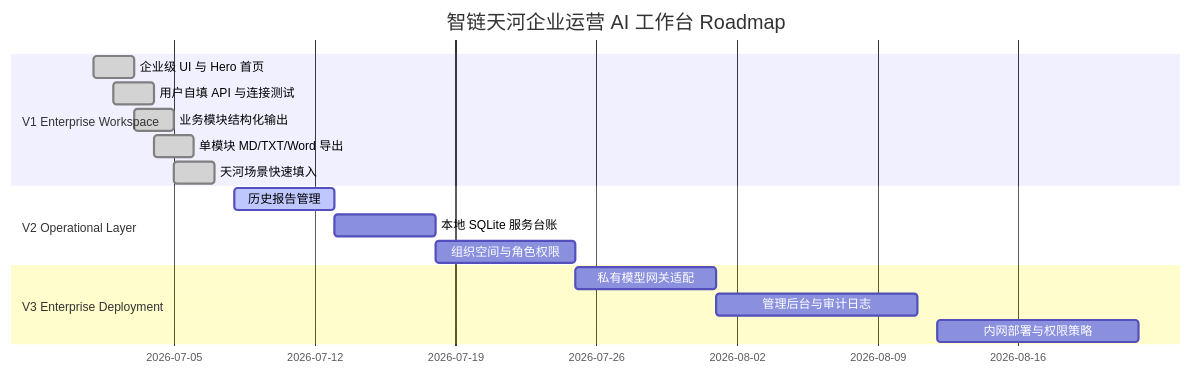
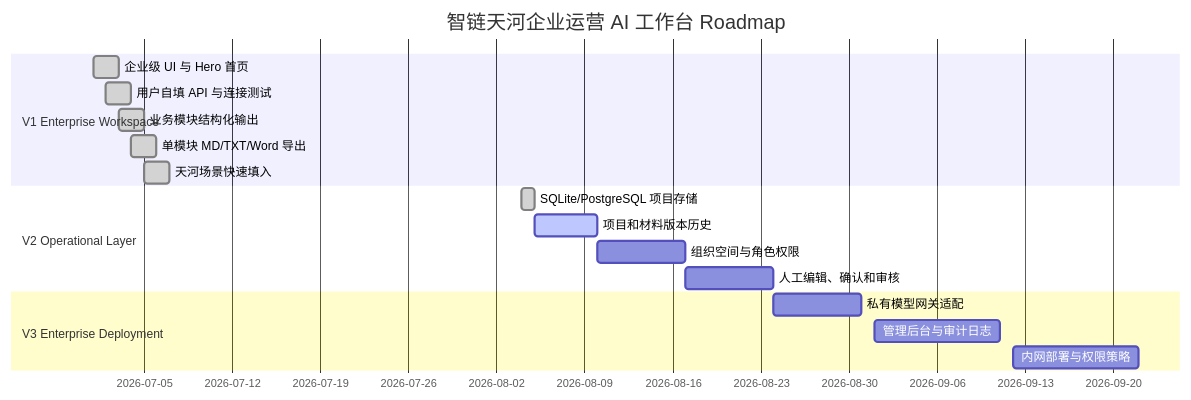
The seventh of 7 diagrams in README.md (liqinglq666/zhilink-tianhe-enterprise-ai-workspace), drawn with Mermaid before and after one commit. The commit also changed other lines of this file, not shown here.

````diff
--- a/README.md
+++ b/README.md
@@ -667,22 +688,23 @@
 ```mermaid
 gantt
     title 智链天河企业运营 AI 工作台 Roadmap
     dateFormat  YYYY-MM-DD
 
     section V1 Enterprise Workspace
     企业级 UI 与 Hero 首页            :done, v1a, 2026-07-01, 2d
     用户自填 API 与连接测试            :done, v1b, 2026-07-02, 2d
     业务模块结构化输出                 :done, v1c, 2026-07-03, 2d
     单模块 MD/TXT/Word 导出            :done, v1d, 2026-07-04, 2d
     天河场景快速填入                   :done, v1e, 2026-07-05, 2d
 
     section V2 Operational Layer
-    历史报告管理                       :active, v2a, 2026-07-08, 5d
-    本地 SQLite 服务台账                :v2b, 2026-07-13, 5d
-    组织空间与角色权限                 :v2c, 2026-07-18, 7d
+    SQLite/PostgreSQL 项目存储         :done, v2a, 2026-08-04, 1d
+    项目和材料版本历史                 :active, v2b, 2026-08-05, 5d
+    组织空间与角色权限                 :v2c, 2026-08-10, 7d
+    人工编辑、确认和审核               :v2d, 2026-08-17, 7d
 
     section V3 Enterprise Deployment
-    私有模型网关适配                   :v3a, 2026-07-25, 7d
-    管理后台与审计日志                 :v3b, 2026-08-01, 10d
-    内网部署与权限策略                 :v3c, 2026-08-12, 10d
+    私有模型网关适配                   :v3a, 2026-08-24, 7d
+    管理后台与审计日志                 :v3b, 2026-09-01, 10d
+    内网部署与权限策略                 :v3c, 2026-09-12, 10d
 ```
````
